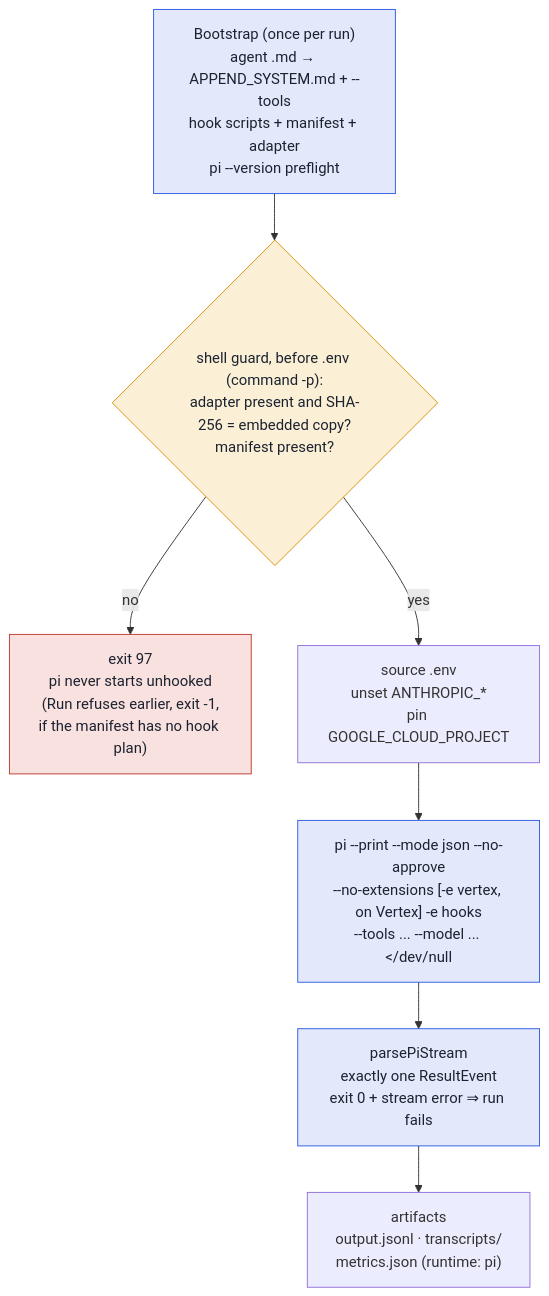
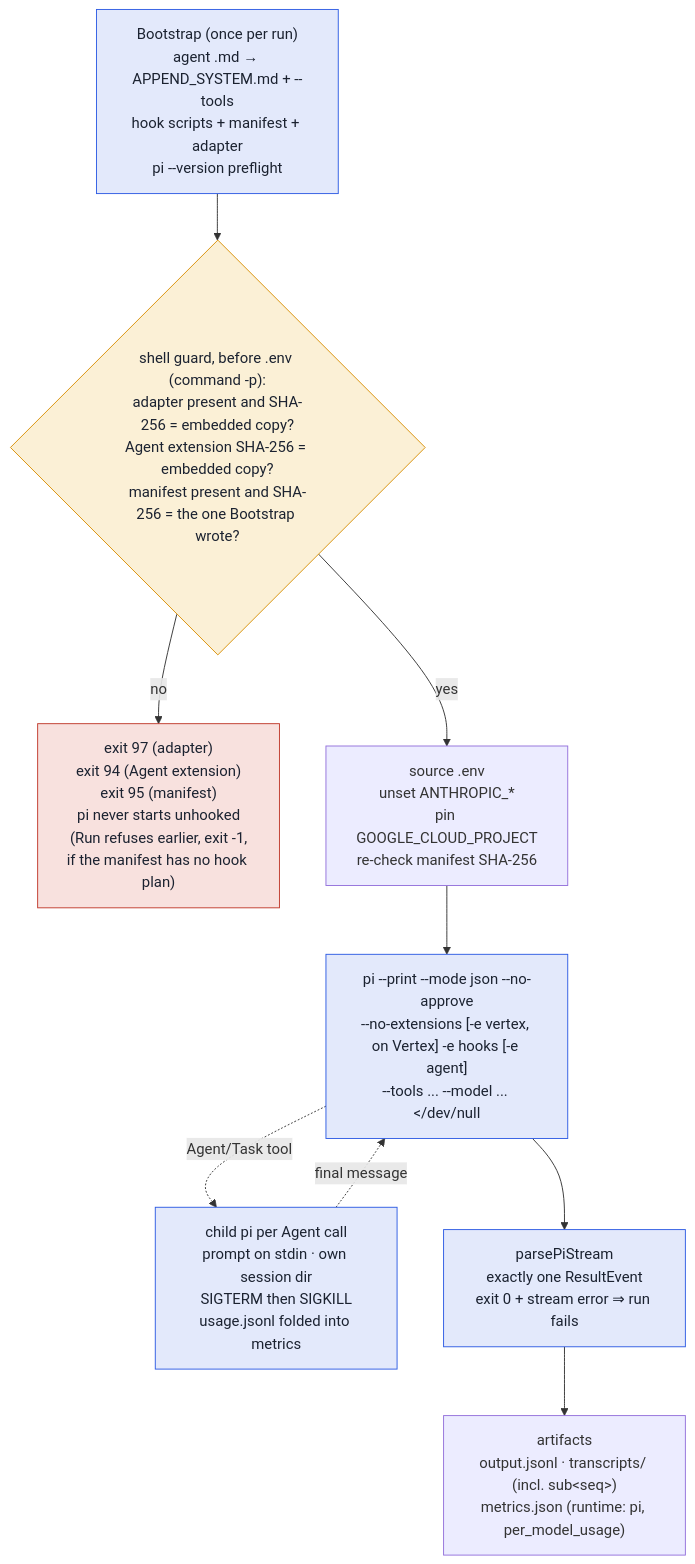
One commit to fullsend-ai/fullsend changed the second of 3 diagrams in docs/contributing/runtime-implementation.md. Above: the diagram before and after it, drawn with Mermaid. The commit also changed other lines of this file and 5 other files, not shown here.

First line of the commit message:
docs(pi): document the Agent tool, its manifest block and child artifacts

````diff
--- a/docs/contributing/runtime-implementation.md
+++ b/docs/contributing/runtime-implementation.md
@@ -512,19 +515,22 @@
 ```mermaid
 flowchart TB
   B["Bootstrap (once per run)\nagent .md → APPEND_SYSTEM.md + --tools\nhook scripts + manifest + adapter\npi --version preflight"]
-  G{"shell guard, before .env (command -p):\nadapter present and SHA-256 = embedded copy?\nmanifest present?"}
-  X["exit 97\npi never starts unhooked\n(Run refuses earlier, exit -1,\nif the manifest has no hook plan)"]
-  E["source .env\nunset ANTHROPIC_*\npin GOOGLE_CLOUD_PROJECT"]
-  P["pi --print --mode json --no-approve\n--no-extensions [-e vertex, on Vertex] -e hooks\n--tools ... --model ... #lt;/dev/null"]
+  G{"shell guard, before .env (command -p):\nadapter present and SHA-256 = embedded copy?\nAgent extension SHA-256 = embedded copy?\nmanifest present and SHA-256 = the one Bootstrap wrote?"}
+  X["exit 97 (adapter)\nexit 94 (Agent extension)\nexit 95 (manifest)\npi never starts unhooked\n(Run refuses earlier, exit -1,\nif the manifest has no hook plan)"]
+  E["source .env\nunset ANTHROPIC_*\npin GOOGLE_CLOUD_PROJECT\nre-check manifest SHA-256"]
+  P["pi --print --mode json --no-approve\n--no-extensions [-e vertex, on Vertex] -e hooks [-e agent]\n--tools ... --model ... #lt;/dev/null"]
+  C["child pi per Agent call\nprompt on stdin · own session dir\nSIGTERM then SIGKILL\nusage.jsonl folded into metrics"]
   S["parsePiStream\nexactly one ResultEvent\nexit 0 + stream error ⇒ run fails"]
-  A["artifacts\noutput.jsonl · transcripts/\nmetrics.json (runtime: pi)"]
+  A["artifacts\noutput.jsonl · transcripts/ (incl. sub#lt;seq#gt;)\nmetrics.json (runtime: pi, per_model_usage)"]
   B --> G
   G -- no --> X
   G -- yes --> E --> P --> S --> A
+  P -. "Agent/Task tool" .-> C
+  C -. "final message" .-> P
   classDef guard fill:#fbf0d6,stroke:#d98e04,color:#1b2230;
   classDef bad fill:#f8e1de,stroke:#c0392b,color:#1b2230;
   classDef opt fill:#e3e9fb,stroke:#2d5be3,color:#1b2230;
   class G guard;
   class X bad;
-  class B,P,S opt;
+  class B,P,S,C opt;
 ```
````
